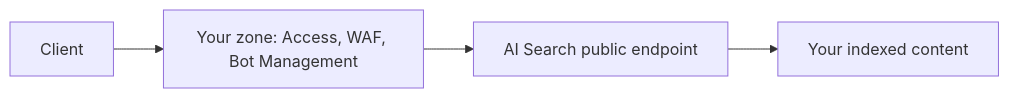
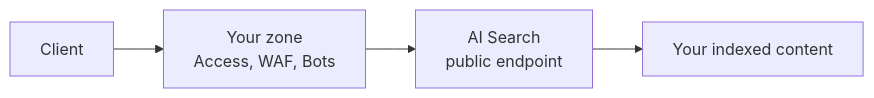
The diagram in src/content/docs/ai-search/configuration/retrieval/public-endpoint/cloudflare-access.mdx (cloudflare/cloudflare-docs), drawn with Mermaid before and after one commit. The commit also changed 4 other files, not shown here.

First line of the commit message:
[AI Search] Add changelog and release notes for public endpoint updates

````diff
--- a/src/content/docs/ai-search/configuration/retrieval/public-endpoint/cloudflare-access.mdx
+++ b/src/content/docs/ai-search/configuration/retrieval/public-endpoint/cloudflare-access.mdx
@@ -21,6 +21,6 @@
 ```mermaid
 flowchart LR
-  A[Client] --> B["Your zone: Access, WAF, Bot Management"]
-  B --> C["AI Search public endpoint"]
+  A[Client] --> B["Your zone<br/>Access, WAF, Bots"]
+  B --> C["AI Search<br/>public endpoint"]
   C --> D[Your indexed content]
 ```
````
